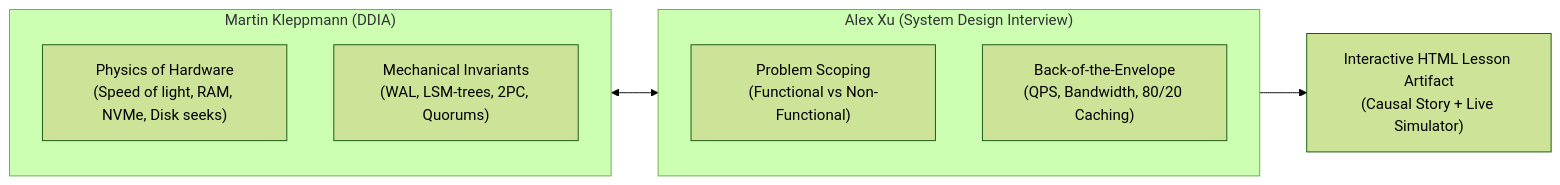
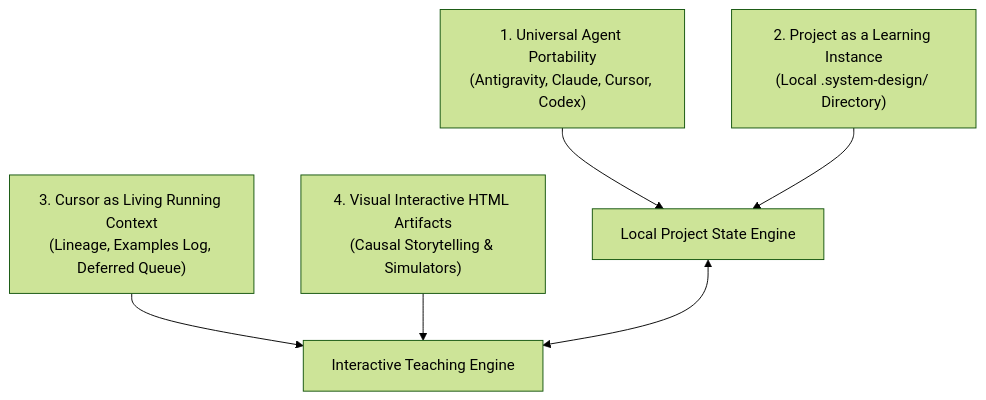
One commit to alph-a07/system-design-studio changed the diagram in skills/system-design-studio/README.md. Above: the diagram before and after it, drawn with Mermaid (forest theme). The commit also changed other lines of this file and 8 other files, not shown here.

````diff
--- a/skills/system-design-studio/README.md
+++ b/skills/system-design-studio/README.md
@@ -99,17 +23,9 @@
 ```mermaid
-flowchart LR
-    subgraph BottomUp["Martin Kleppmann (DDIA)"]
-        direction TB
-        PHY["Physics of Hardware<br/>(Speed of light, RAM, NVMe, Disk seeks)"]
-        INV["Mechanical Invariants<br/>(WAL, LSM-trees, 2PC, Quorums)"]
-    end
+flowchart TD
+    P1["1. Universal Agent Portability<br/>(Antigravity, Claude, Cursor, Codex)"] --> SYNC["Local Project State Engine"]
+    P2["2. Project as a Learning Instance<br/>(Local .system-design/ Directory)"] --> SYNC
+    P3["3. Cursor as Living Running Context<br/>(Lineage, Examples Log, Deferred Queue)"] --> TEACHING["Interactive Teaching Engine"]
+    P4["4. Visual Interactive HTML Artifacts<br/>(Causal Storytelling & Simulators)"] --> TEACHING
 
-    subgraph TopDown["Alex Xu (System Design Interview)"]
-        direction TB
-        SCOPE["Problem Scoping<br/>(Functional vs Non-Functional)"]
-        MATH["Back-of-the-Envelope<br/>(QPS, Bandwidth, 80/20 Caching)"]
-    end
-
-    BottomUp <--> TopDown
-    TopDown --> LESSON["Interactive HTML Lesson Artifact<br/>(Causal Story + Live Simulator)"]
+    SYNC <--> TEACHING
 ```
````
